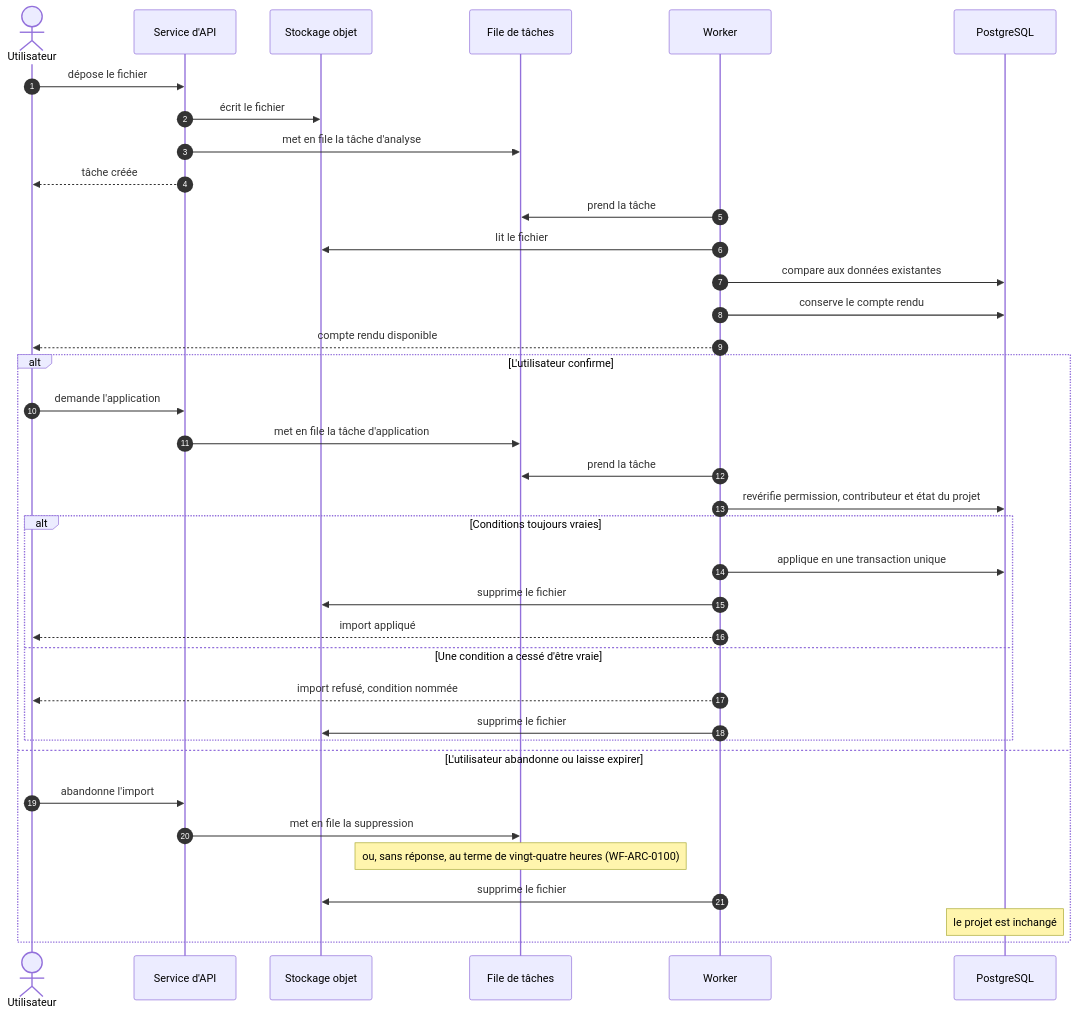
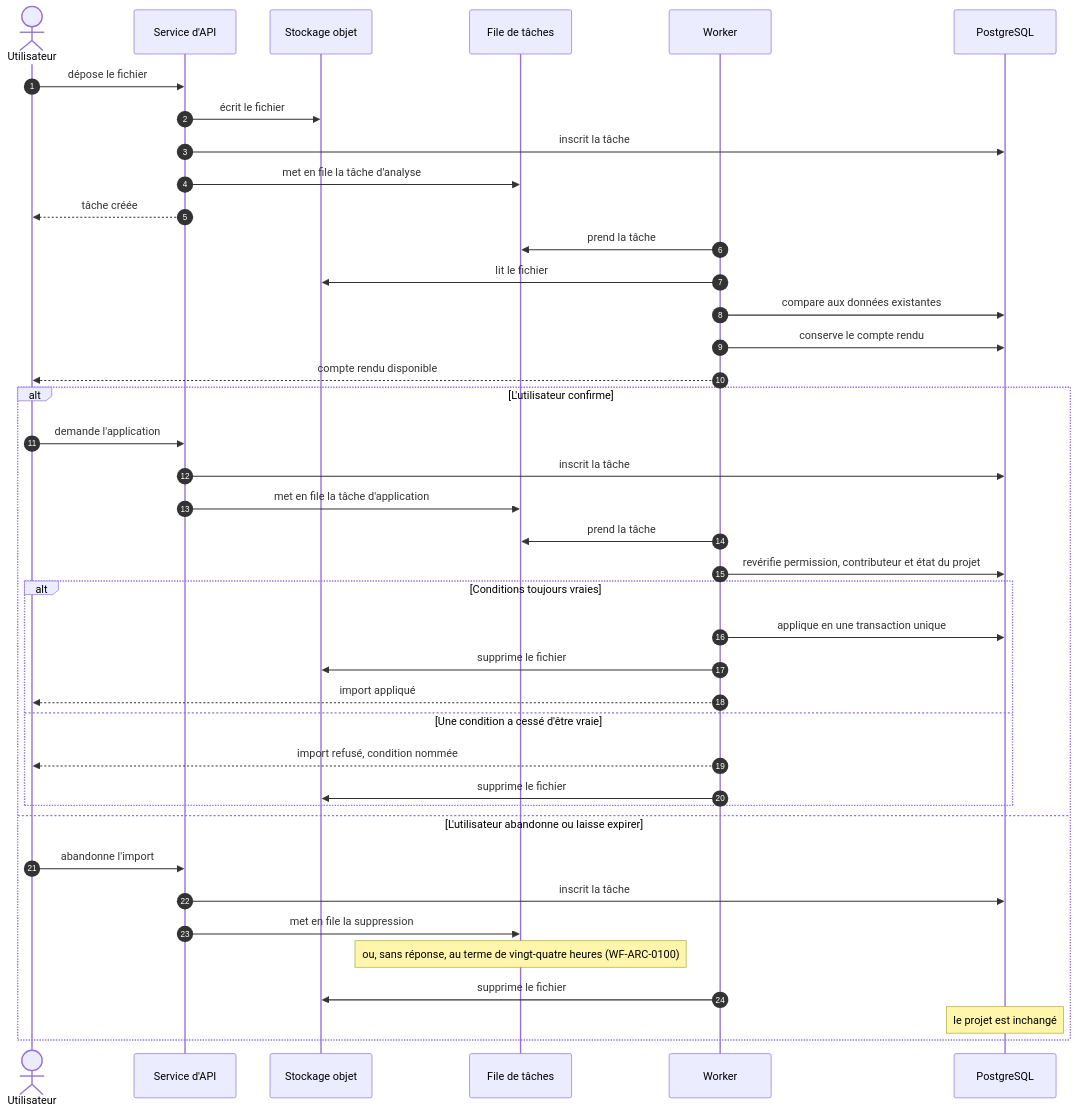
One commit to waterfall-project/wf-project changed the diagram in docs/spec/figures/import-deux-temps.mmd. Above: the diagram before and after it, drawn with Mermaid. The commit also changed 7 other files, not shown here.

```diff
--- a/docs/spec/figures/import-deux-temps.mmd
+++ b/docs/spec/figures/import-deux-temps.mmd
@@ -1,38 +1,41 @@
 sequenceDiagram
     autonumber
     actor U as Utilisateur
     participant A as Service d'API
     participant S as Stockage objet
     participant F as File de tâches
     participant W as Worker
     participant B as PostgreSQL
 
     U->>A: dépose le fichier
     A->>S: écrit le fichier
+    A->>B: inscrit la tâche
     A->>F: met en file la tâche d'analyse
     A-->>U: tâche créée
     W->>F: prend la tâche
     W->>S: lit le fichier
     W->>B: compare aux données existantes
     W->>B: conserve le compte rendu
     W-->>U: compte rendu disponible
     alt L'utilisateur confirme
         U->>A: demande l'application
+        A->>B: inscrit la tâche
         A->>F: met en file la tâche d'application
         W->>F: prend la tâche
         W->>B: revérifie permission, contributeur et état du projet
         alt Conditions toujours vraies
             W->>B: applique en une transaction unique
             W->>S: supprime le fichier
             W-->>U: import appliqué
         else Une condition a cessé d'être vraie
             W-->>U: import refusé, condition nommée
             W->>S: supprime le fichier
         end
     else L'utilisateur abandonne ou laisse expirer
         U->>A: abandonne l'import
+        A->>B: inscrit la tâche
         A->>F: met en file la suppression
         Note over F: ou, sans réponse, au terme de vingt-quatre heures (WF-ARC-0100)
         W->>S: supprime le fichier
         Note over B: le projet est inchangé
     end
```
